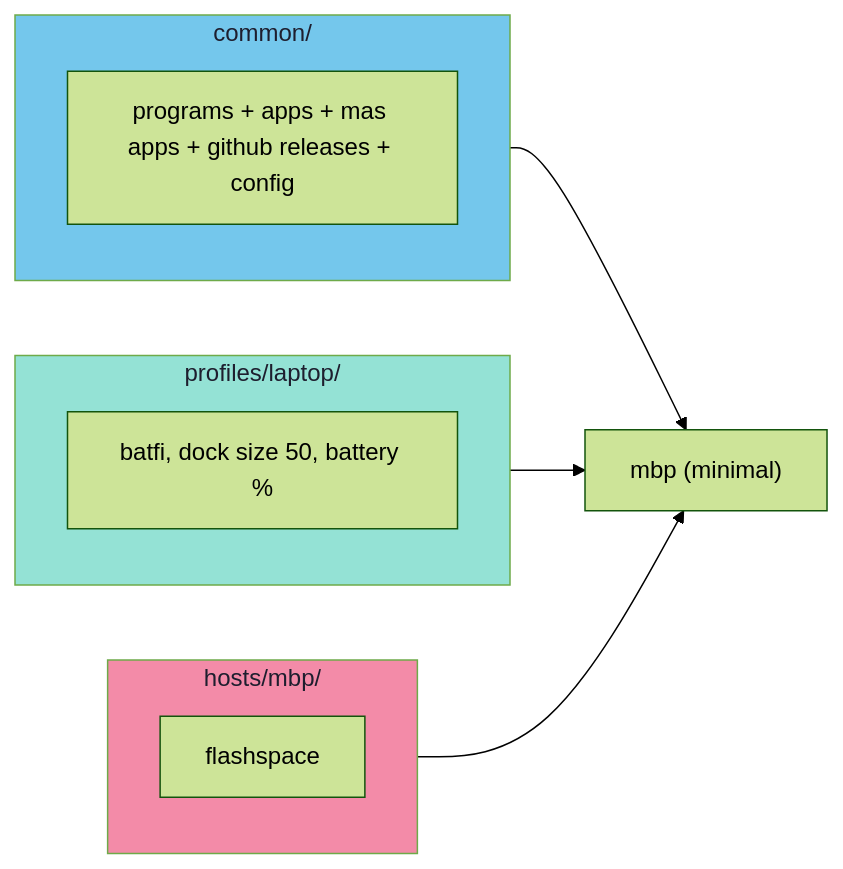
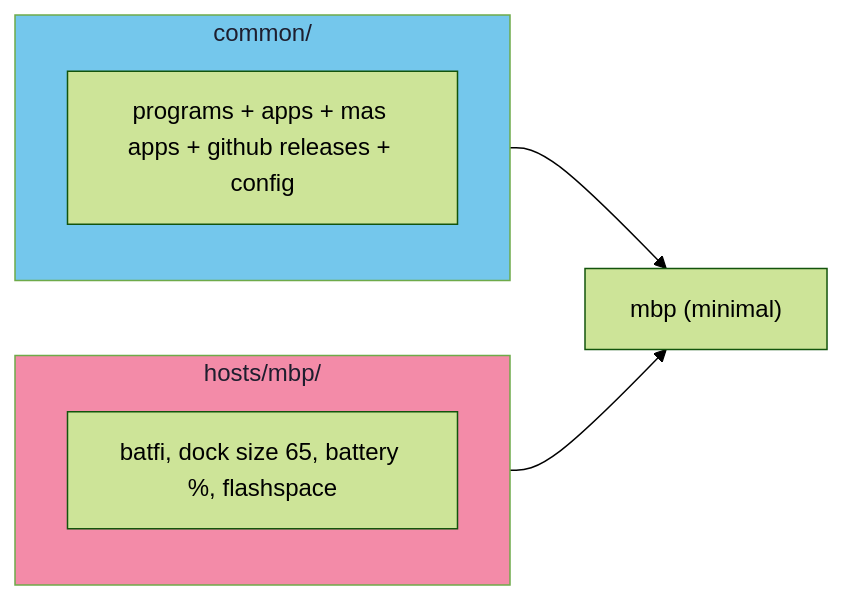
The third of 4 diagrams in docs/architecture.md (milhamh95/nix-config), drawn with Mermaid (forest theme) before and after one commit. The commit also changed other lines of this file and 14 other files, not shown here.

````diff
--- a/docs/architecture.md
+++ b/docs/architecture.md
@@ -359,24 +343,18 @@
 ```mermaid
 flowchart LR
     subgraph common["common/"]
         c["programs + apps + mas apps + github releases + config"]
     end
 
-    subgraph laptop["profiles/laptop/"]
-        lp["batfi, dock size 50, battery %"]
-    end
-
     subgraph host["hosts/mbp/"]
-        h["flashspace"]
+        h["batfi, dock size 65, battery %, flashspace"]
     end
 
     result["mbp (minimal)"]
 
     common --> result
-    laptop --> result
     host --> result
 
     style common fill:#74c7ec,color:#1e1e2e
-    style laptop fill:#94e2d5,color:#1e1e2e
     style host fill:#f38ba8,color:#1e1e2e
 ```
````
